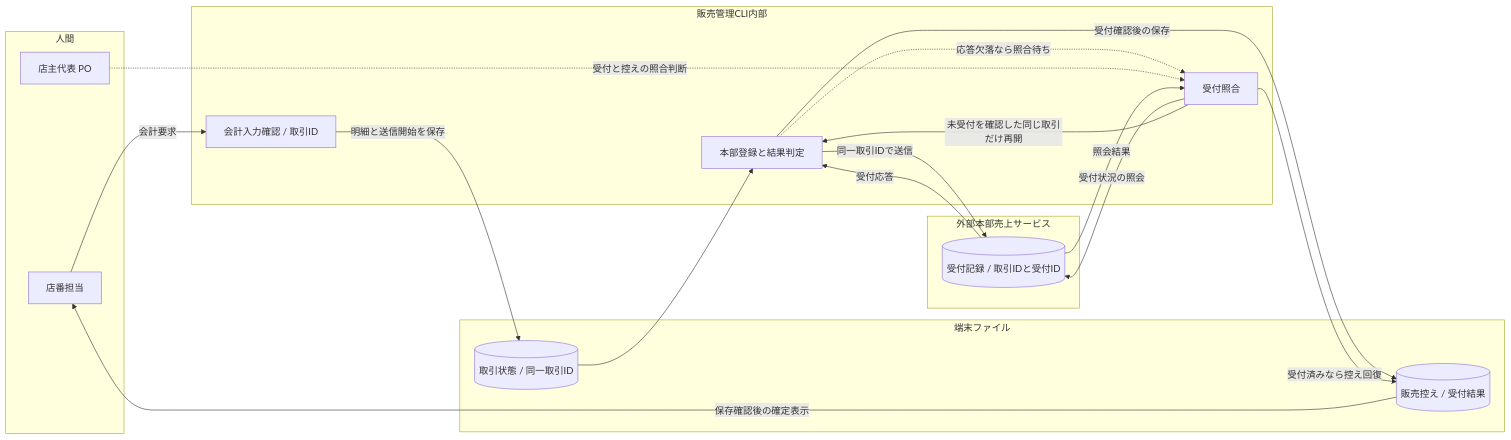
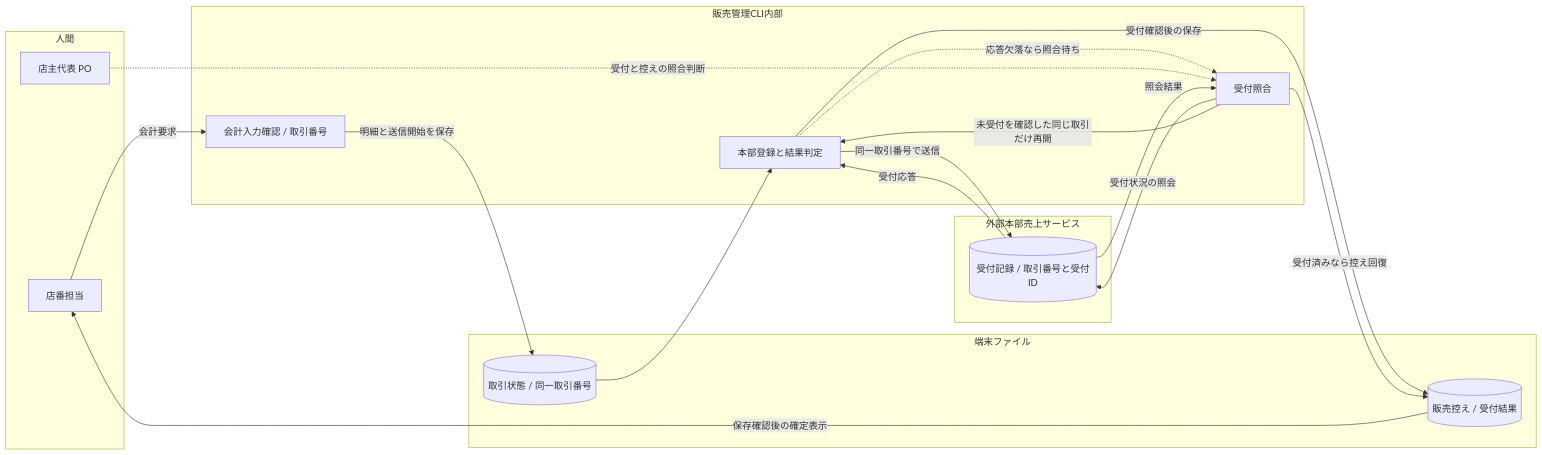
Before and after one commit to specdojo/specdojo: the first of 2 diagrams in docs/ja/specdojo/samples/sysd-critical-flows-sample.md, drawn with Mermaid. The commit also changed other lines of this file and 5 other files, not shown here.

Commit message:
exec(T-KATA-REVIEW-ALL-sysd-critical-flows-sample-150): apply task changes

````diff
--- a/docs/ja/specdojo/samples/sysd-critical-flows-sample.md
+++ b/docs/ja/specdojo/samples/sysd-critical-flows-sample.md
@@ -39,32 +39,32 @@
 ```mermaid
 flowchart LR
   subgraph H[人間]
     U[店番担当]
     O[店主代表 PO]
   end
   subgraph C[販売管理CLI内部]
-    V[会計入力確認 / 取引ID]
+    V[会計入力確認 / 取引番号]
     S[本部登録と結果判定]
     Q[受付照合]
   end
   subgraph L[端末ファイル]
-    T[(取引状態 / 同一取引ID)]
+    T[(取引状態 / 同一取引番号)]
     D[(販売控え / 受付結果)]
   end
   subgraph X[外部本部売上サービス]
-    A[(受付記録 / 取引IDと受付ID)]
+    A[(受付記録 / 取引番号と受付ID)]
   end
   U -->|会計要求| V
   V -->|明細と送信開始を保存| T
   T --> S
-  S -->|同一取引IDで送信| A
+  S -->|同一取引番号で送信| A
   A -->|受付応答| S
   S -->|受付確認後の保存| D
   D -->|保存確認後の確定表示| U
   S -.->|応答欠落なら照合待ち| Q
   O -.->|受付と控えの照合判断| Q
   Q -->|受付状況の照会| A
   A -->|照会結果| Q
   Q -->|受付済みなら控え回復| D
   Q -->|未受付を確認した同じ取引だけ再開| S
 ```
````
